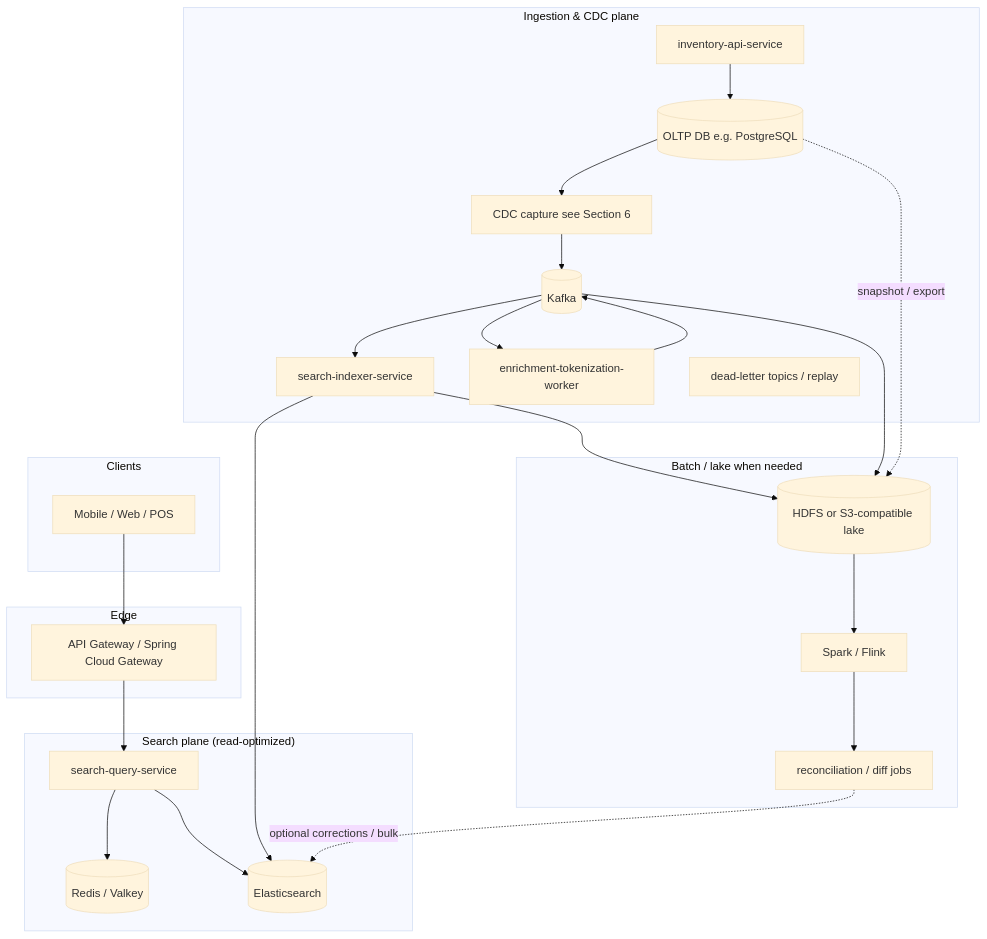
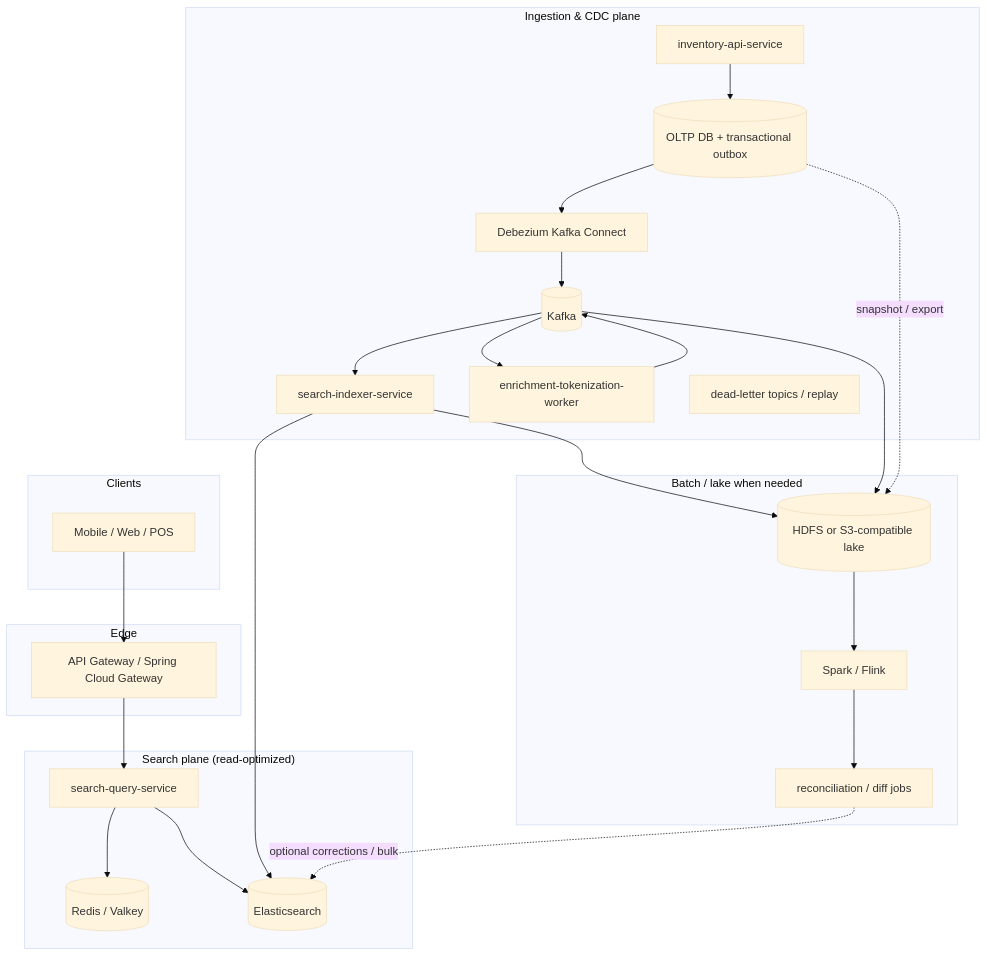
Before and after one commit to hdmsantander/tokenization-demo: the first of 2 diagrams in SEARCH FEATURE.md, drawn with Mermaid (base theme). The commit also changed other lines of this file and 1 other file, not shown here.

First line of the commit message:
docs: lock transactional outbox + Debezium, add effort estimates

````diff
--- a/SEARCH FEATURE.md
+++ b/SEARCH FEATURE.md
@@ -24,50 +24,50 @@
 ```mermaid
 flowchart TB
   subgraph Clients
     APP[Mobile / Web / POS]
   end
 
   subgraph Edge
     GW[API Gateway / Spring Cloud Gateway]
   end
 
   subgraph SearchPlane["Search plane (read-optimized)"]
     QS[search-query-service]
     REDIS[(Redis / Valkey)]
     ES[(Elasticsearch)]
   end
 
   subgraph IngestPlane["Ingestion & CDC plane"]
     INV[inventory-api-service]
-    OLTP[(OLTP DB e.g. PostgreSQL)]
-    CDC[CDC capture see Section 6]
+    OLTP[(OLTP DB + transactional outbox)]
+    CDC[Debezium Kafka Connect]
     KAFKA[(Kafka)]
     IDX[search-indexer-service]
     ENR[enrichment-tokenization-worker]
     DLQ[dead-letter topics / replay]
   end
 
   subgraph BatchPlane["Batch / lake when needed"]
     HDFS[(HDFS or S3-compatible lake)]
     SPARK[Spark / Flink]
     RECON[reconciliation / diff jobs]
   end
 
   APP --> GW
   GW --> QS
   QS --> REDIS
   QS --> ES
   INV --> OLTP
   OLTP --> CDC
   CDC --> KAFKA
   KAFKA --> ENR
   ENR --> KAFKA
   KAFKA --> IDX
   IDX --> ES
   IDX --> HDFS
   KAFKA --> HDFS
   OLTP -. snapshot / export .-> HDFS
   HDFS --> SPARK
   SPARK --> RECON
   RECON -. optional corrections / bulk .-> ES
 ```
````
